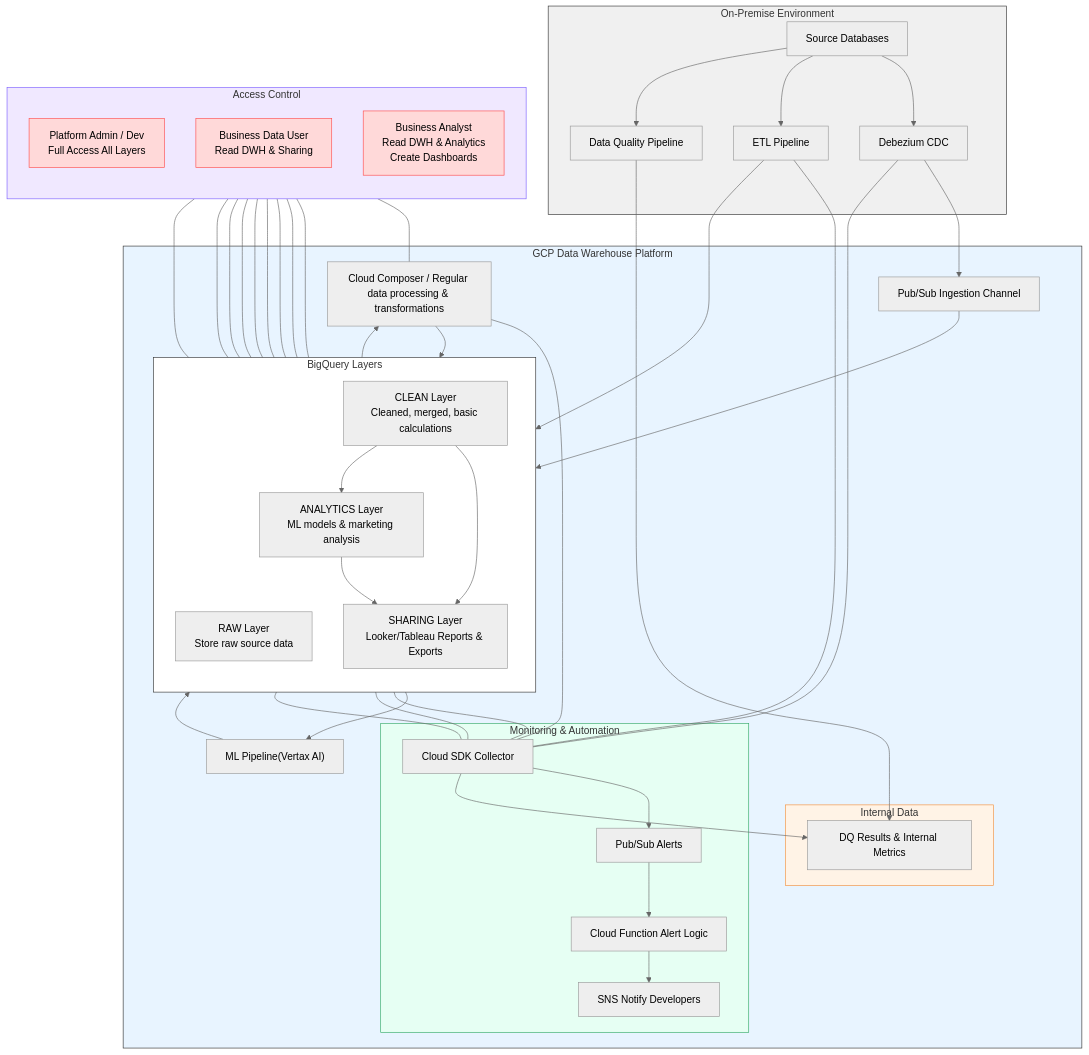
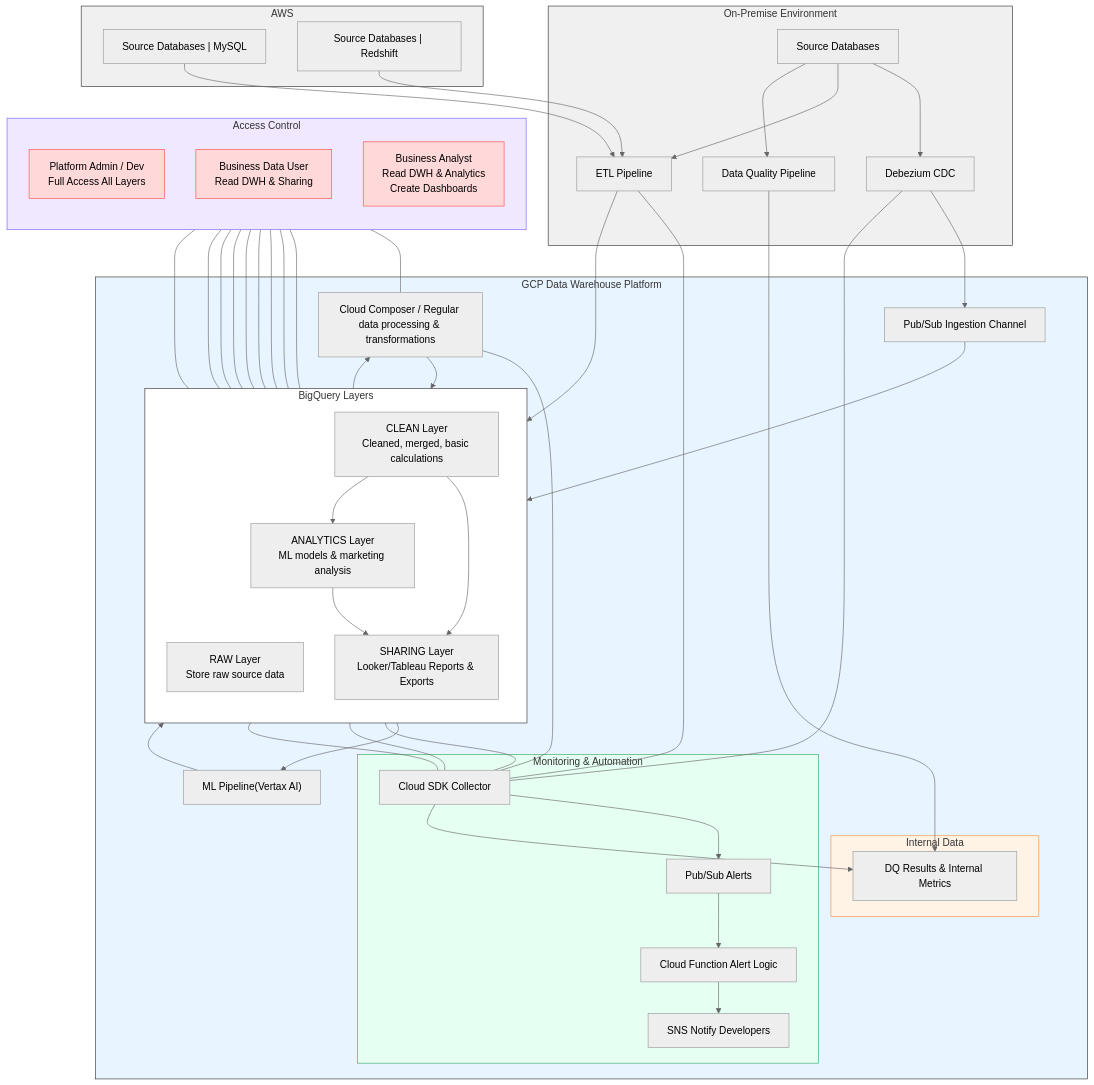
One commit to yuanwuab-public/GCP-DWH-Platform changed the first of 4 diagrams in README.md. Above: the diagram before and after it, drawn with Mermaid (neutral theme). The commit also changed other lines of this file, not shown here.

Commit message:
feat: add aws linkge

```diff
--- a/README.md
+++ b/README.md
@@ -19,6 +19,16 @@
         OPDB --> Debezium
         OPDB --> AirflowETL
         OPDB --> AirflowDQ
+    end
+
+    %% ==== AWS ==== 
+    subgraph AWS["AWS"]
+        style AWS fill:#f0f0f0,stroke:#333,stroke-width:1px
+        MySQL["Source Databases | MySQL"]
+        Redshift["Source Databases | Redshift"]
+
+        MySQL --> AirflowETL
+        Redshift --> AirflowETL
     end
 
     %% ==== GCP DWH (vertical layers) ==== 
```
